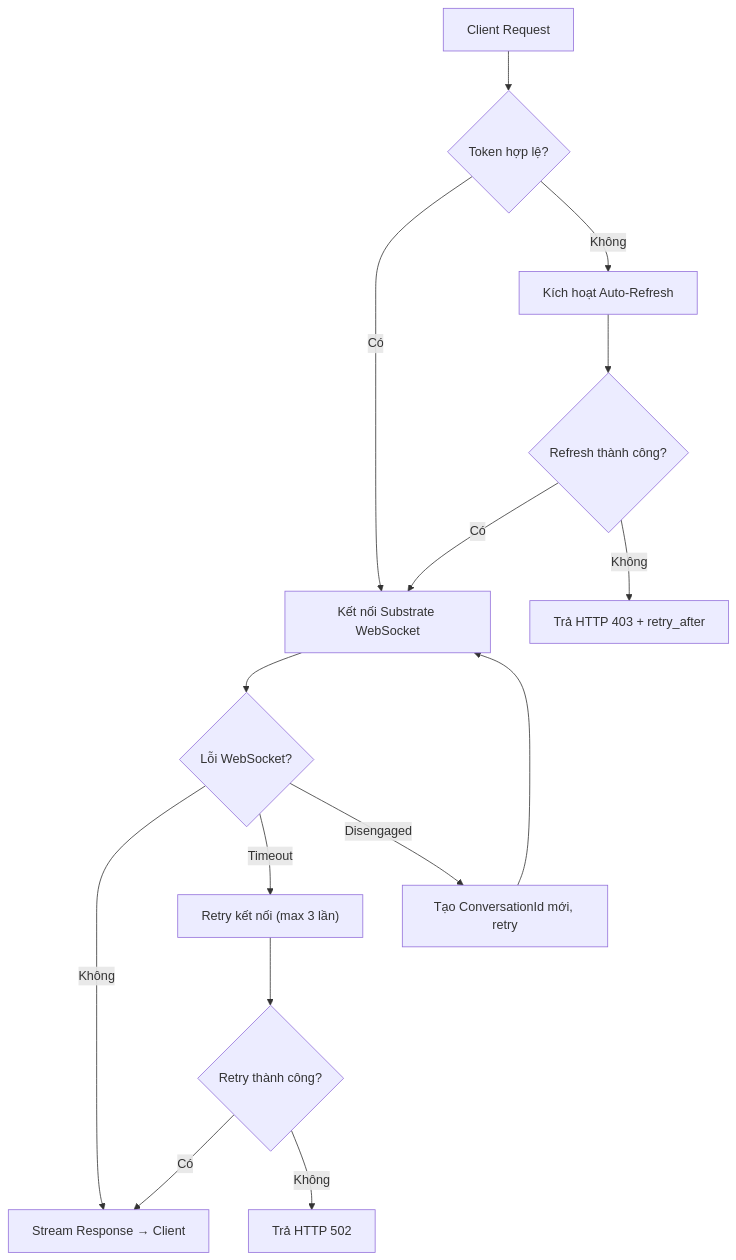
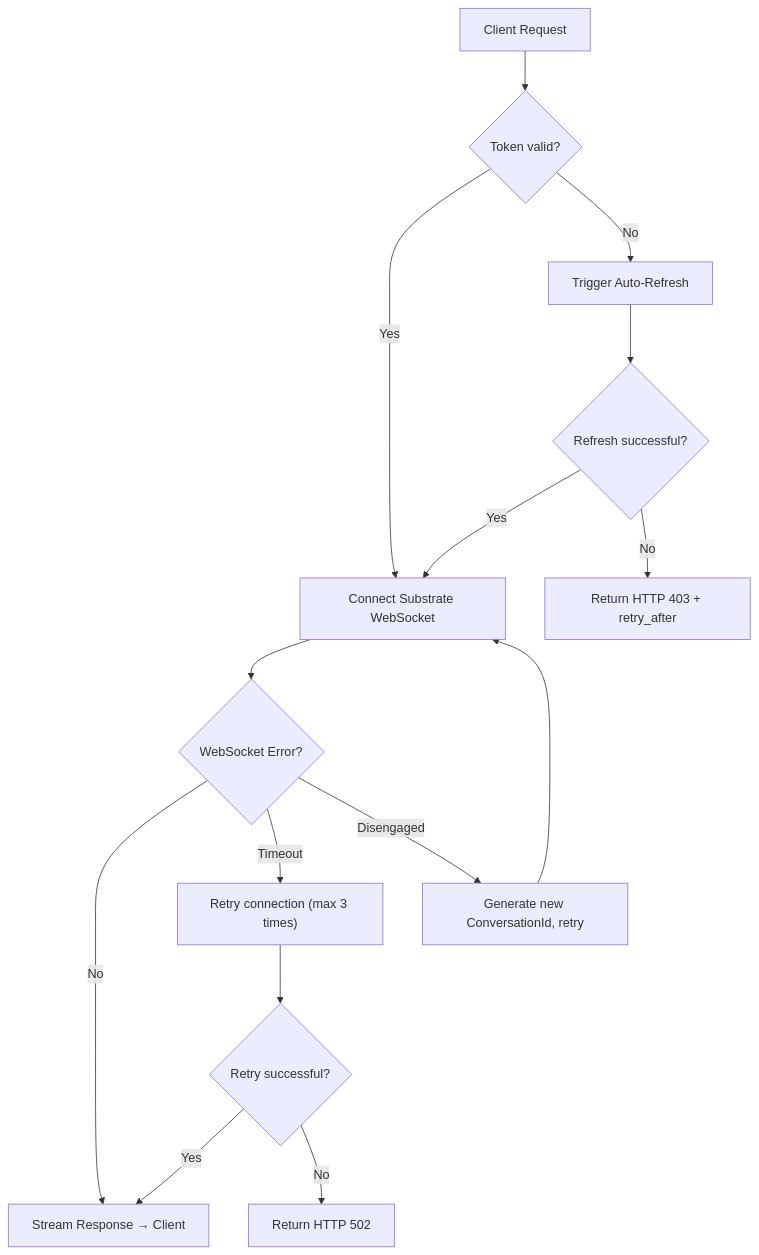
The ninth of 9 diagrams in docs/SRS.md (lamdt1/ms-copilot365-2api), drawn with Mermaid before and after one commit. The commit also changed other lines of this file, not shown here.

````diff
--- a/docs/SRS.md
+++ b/docs/SRS.md
@@ -791,18 +791,18 @@
 ```mermaid
 flowchart TD
-    Request["Client Request"] --> CheckToken{"Token hợp lệ?"}
-    CheckToken -- Có --> ConnectWS["Kết nối Substrate WebSocket"]
-    CheckToken -- Không --> AutoRefresh["Kích hoạt Auto-Refresh"]
-    AutoRefresh --> RefreshOK{"Refresh thành công?"}
-    RefreshOK -- Có --> ConnectWS
-    RefreshOK -- Không --> Return403["Trả HTTP 403 + retry_after"]
+    Request["Client Request"] --> CheckToken{"Token valid?"}
+    CheckToken -- Yes --> ConnectWS["Connect Substrate WebSocket"]
+    CheckToken -- No --> AutoRefresh["Trigger Auto-Refresh"]
+    AutoRefresh --> RefreshOK{"Refresh successful?"}
+    RefreshOK -- Yes --> ConnectWS
+    RefreshOK -- No --> Return403["Return HTTP 403 + retry_after"]
     
-    ConnectWS --> WSError{"Lỗi WebSocket?"}
-    WSError -- Không --> StreamResponse["Stream Response → Client"]
-    WSError -- Timeout --> Retry["Retry kết nối (max 3 lần)"]
-    WSError -- Disengaged --> NewConv["Tạo ConversationId mới, retry"]
-    Retry --> RetryOK{"Retry thành công?"}
-    RetryOK -- Có --> StreamResponse
-    RetryOK -- Không --> Return502["Trả HTTP 502"]
+    ConnectWS --> WSError{"WebSocket Error?"}
+    WSError -- No --> StreamResponse["Stream Response → Client"]
+    WSError -- Timeout --> Retry["Retry connection (max 3 times)"]
+    WSError -- Disengaged --> NewConv["Generate new ConversationId, retry"]
+    Retry --> RetryOK{"Retry successful?"}
+    RetryOK -- Yes --> StreamResponse
+    RetryOK -- No --> Return502["Return HTTP 502"]
     NewConv --> ConnectWS
 ```
````
